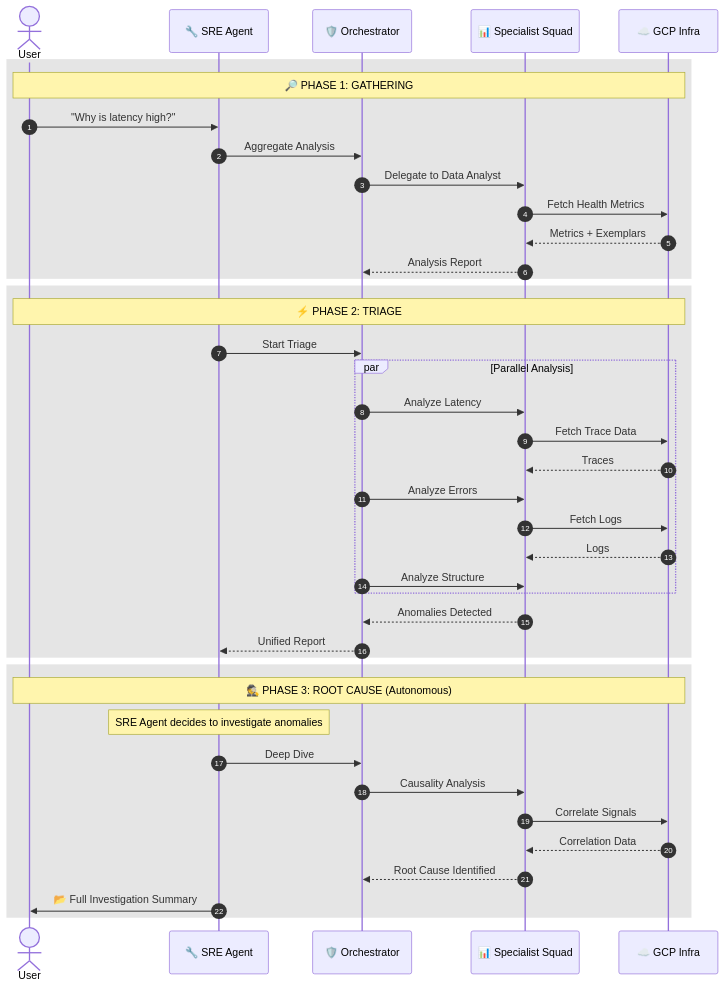
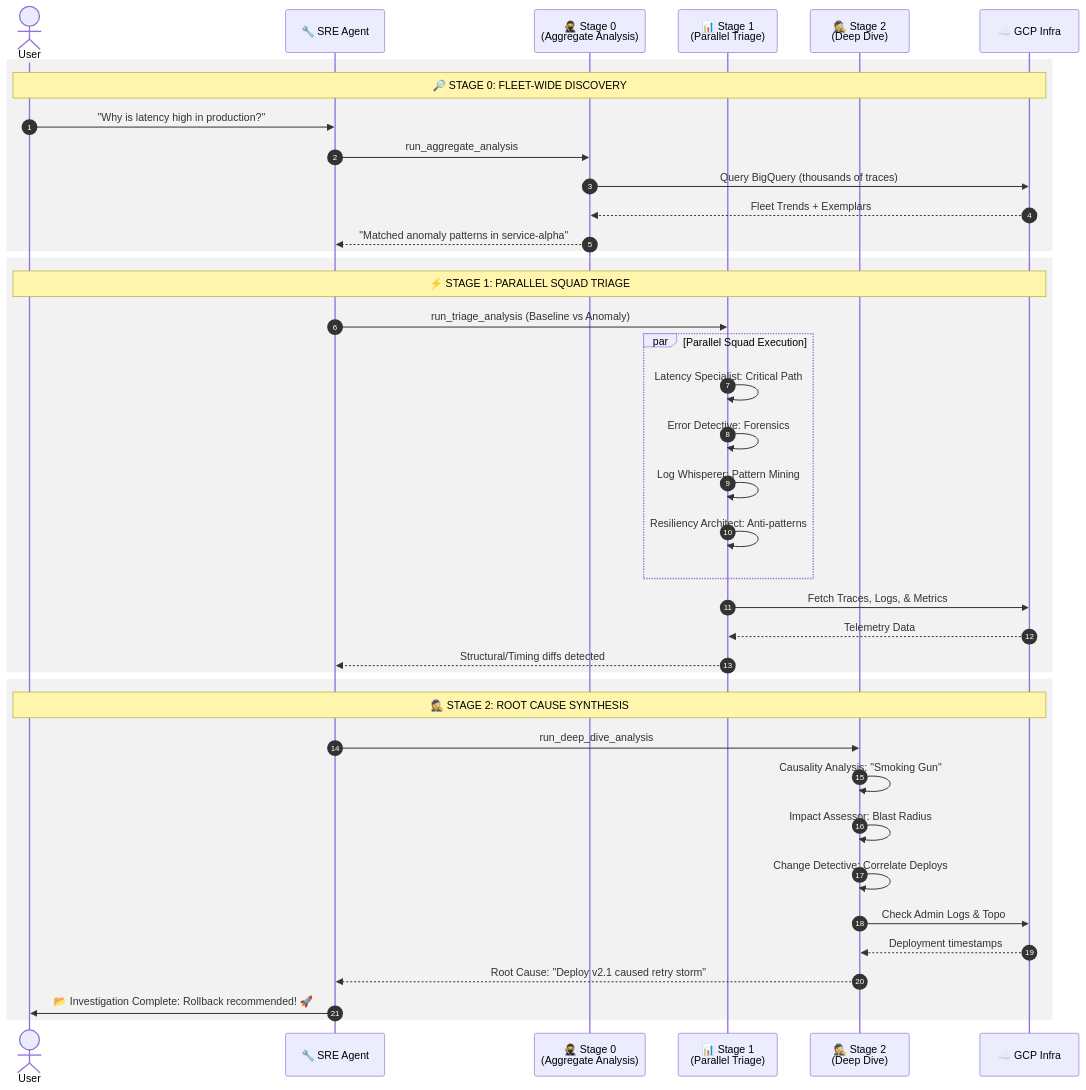
The second of 2 diagrams in README.md (srtux/sre-agent), drawn with Mermaid before and after one commit.

Commit message:
docs: update interaction workflow to reflect 3-stage analysis pipeline

````diff
--- a/README.md
+++ b/README.md
@@ -176,46 +176,45 @@
 ```mermaid
 sequenceDiagram
     autonumber
     actor User
     participant SRE as 🔧 SRE Agent
-    participant Orch as 🛡️ Orchestrator
-    participant Squad as 📊 Specialist Squad
+    participant Stage0 as 🥷 Stage 0<br/>(Aggregate Analysis)
+    participant Stage1 as 📊 Stage 1<br/>(Parallel Triage)
+    participant Stage2 as 🕵️ Stage 2<br/>(Deep Dive)
     participant Cloud as ☁️ GCP Infra
 
-    rect rgba(0, 0, 0, 0.1)
-        Note over User, Cloud: 🔎 PHASE 1: GATHERING
-        User->>SRE: "Why is latency high?"
-        SRE->>Orch: Aggregate Analysis
-        Orch->>Squad: Delegate to Data Analyst
-        Squad->>Cloud: Fetch Health Metrics
-        Cloud-->>Squad: Metrics + Exemplars
-        Squad-->>Orch: Analysis Report
+    rect rgba(0, 0, 0, 0.05)
+        Note over User, Cloud: 🔎 STAGE 0: FLEET-WIDE DISCOVERY
+        User->>SRE: "Why is latency high in production?"
+        SRE->>Stage0: run_aggregate_analysis
+        Stage0->>Cloud: Query BigQuery (thousands of traces)
+        Cloud-->>Stage0: Fleet Trends + Exemplars
+        Stage0-->>SRE: "Matched anomaly patterns in service-alpha"
     end
 
-    rect rgba(0, 0, 0, 0.1)
-        Note over User, Cloud: ⚡ PHASE 2: TRIAGE
-        SRE->>Orch: Start Triage
-        par Parallel Analysis
-            Orch->>Squad: Analyze Latency
-            Squad->>Cloud: Fetch Trace Data
-            Cloud-->>Squad: Traces
-            Orch->>Squad: Analyze Errors
-            Squad->>Cloud: Fetch Logs
-            Cloud-->>Squad: Logs
-            Orch->>Squad: Analyze Structure
+    rect rgba(0, 0, 0, 0.05)
+        Note over User, Cloud: ⚡ STAGE 1: PARALLEL SQUAD TRIAGE
+        SRE->>Stage1: run_triage_analysis (Baseline vs Anomaly)
+        par Parallel Squad Execution
+            Stage1->>Stage1: Latency Specialist: Critical Path
+            Stage1->>Stage1: Error Detective: Forensics
+            Stage1->>Stage1: Log Whisperer: Pattern Mining
+            Stage1->>Stage1: Resiliency Architect: Anti-patterns
         end
-        Squad-->>Orch: Anomalies Detected
-        Orch-->>SRE: Unified Report
+        Stage1->>Cloud: Fetch Traces, Logs, & Metrics
+        Cloud-->>Stage1: Telemetry Data
+        Stage1-->>SRE: Structural/Timing diffs detected
     end
 
-    rect rgba(0, 0, 0, 0.1)
-        Note over User, Cloud: 🕵️ PHASE 3: ROOT CAUSE (Autonomous)
-        Note over SRE: SRE Agent decides to investigate anomalies
-        SRE->>Orch: Deep Dive
-        Orch->>Squad: Causality Analysis
-        Squad->>Cloud: Correlate Signals
-        Cloud-->>Squad: Correlation Data
-        Squad-->>Orch: Root Cause Identified
-        SRE->>User: 📂 Full Investigation Summary
+    rect rgba(0, 0, 0, 0.05)
+        Note over User, Cloud: 🕵️ STAGE 2: ROOT CAUSE SYNTHESIS
+        SRE->>Stage2: run_deep_dive_analysis
+        Stage2->>Stage2: Causality Analysis: "Smoking Gun"
+        Stage2->>Stage2: Impact Assessor: Blast Radius
+        Stage2->>Stage2: Change Detective: Correlate Deploys
+        Stage2->>Cloud: Check Admin Logs & Topo
+        Cloud-->>Stage2: Deployment timestamps
+        Stage2-->>SRE: Root Cause: "Deploy v2.1 caused retry storm"
+        SRE->>User: 📂 Investigation Complete: Rollback recommended! 🚀
     end
 ```
````
